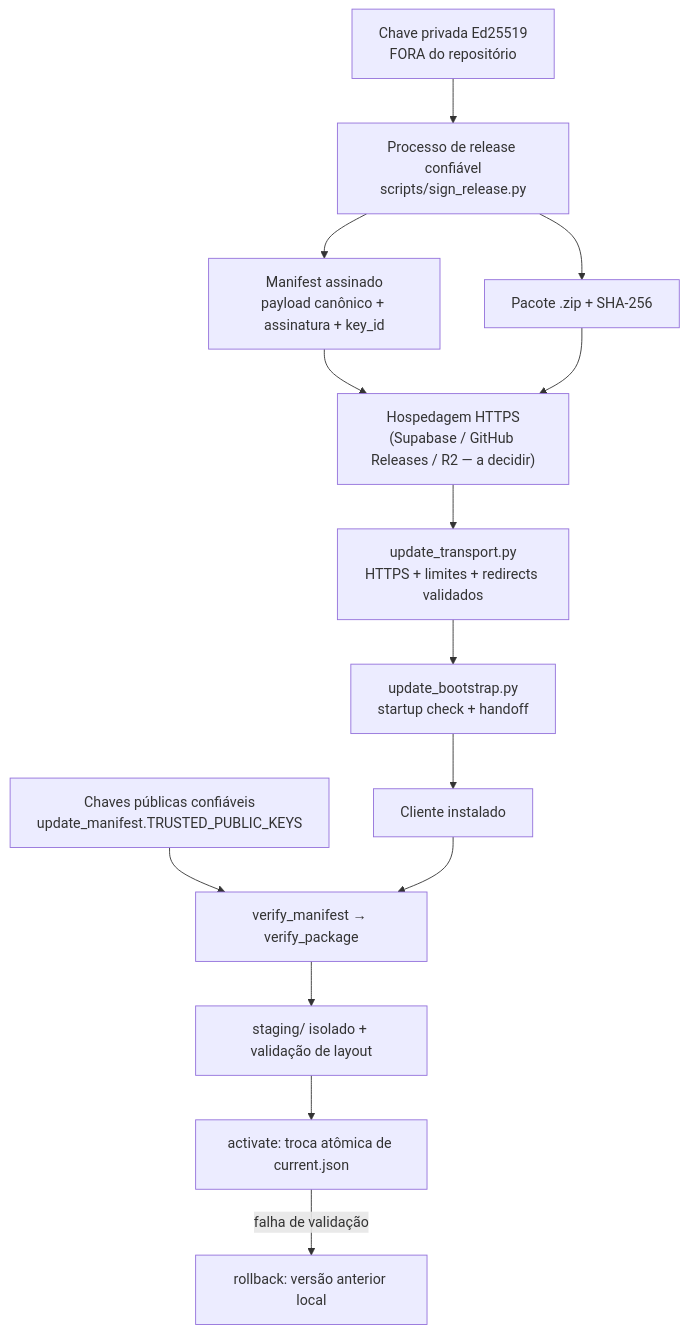
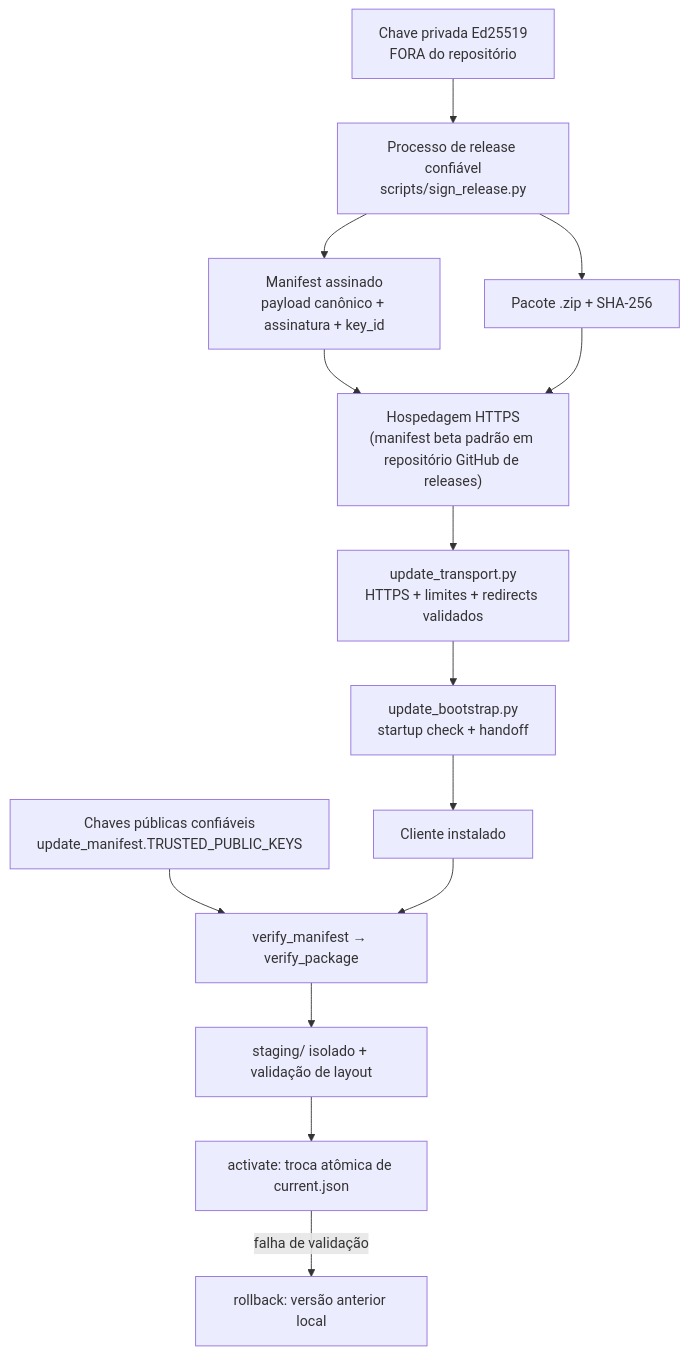
Before and after one commit to HenriquePvAr/Yomu-Sekai: diagram 12 of 13 in docs/technical/DOCUMENTACAO_TECNICA.md, drawn with Mermaid. The commit also changed other lines of this file and 78 other files, not shown here.

````diff
--- a/docs/technical/DOCUMENTACAO_TECNICA.md
+++ b/docs/technical/DOCUMENTACAO_TECNICA.md
@@ -2260,27 +2514,27 @@
 ```mermaid
 flowchart TD
     signer["Processo de release confiável<br/>scripts/sign_release.py"]
     key["Chave privada Ed25519<br/>FORA do repositório"]
     manifest["Manifest assinado<br/>payload canônico + assinatura + key_id"]
     pkg["Pacote .zip + SHA-256"]
-    host["Hospedagem HTTPS<br/>(Supabase / GitHub Releases / R2 — a decidir)"]
+    host["Hospedagem HTTPS<br/>(manifest beta padrão em repositório GitHub de releases)"]
     transport["update_transport.py<br/>HTTPS + limites + redirects validados"]
     bootstrap["update_bootstrap.py<br/>startup check + handoff"]
     client["Cliente instalado"]
     pub["Chaves públicas confiáveis<br/>update_manifest.TRUSTED_PUBLIC_KEYS"]
     verify["verify_manifest → verify_package"]
     stage["staging/ isolado + validação de layout"]
     activate["activate: troca atômica de current.json"]
     rollback["rollback: versão anterior local"]
 
     key --> signer
     signer --> manifest
     signer --> pkg
     manifest --> host
     pkg --> host
     host --> transport --> bootstrap --> client
     pub --> verify
     client --> verify
     verify --> stage --> activate
     activate -->|falha de validação| rollback
 ```
````
